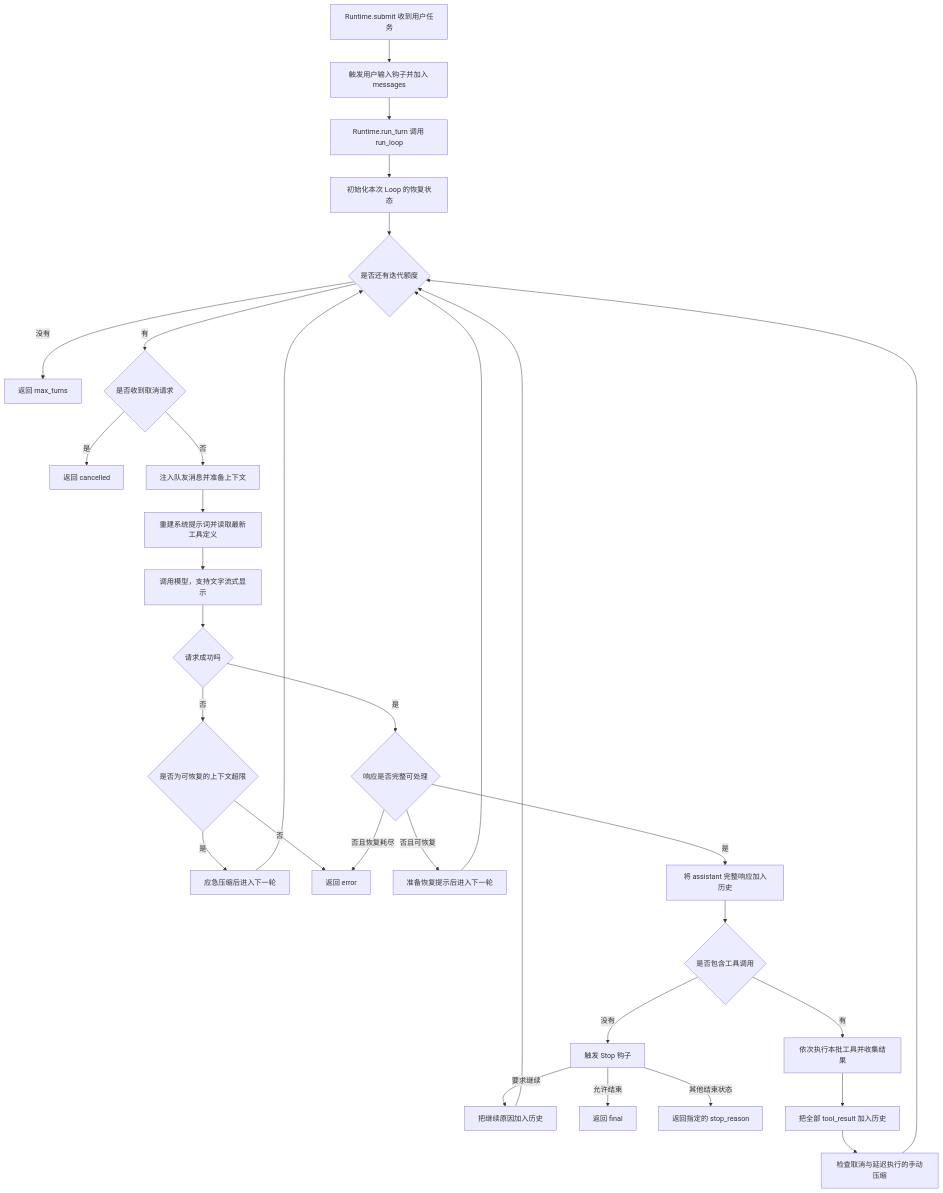
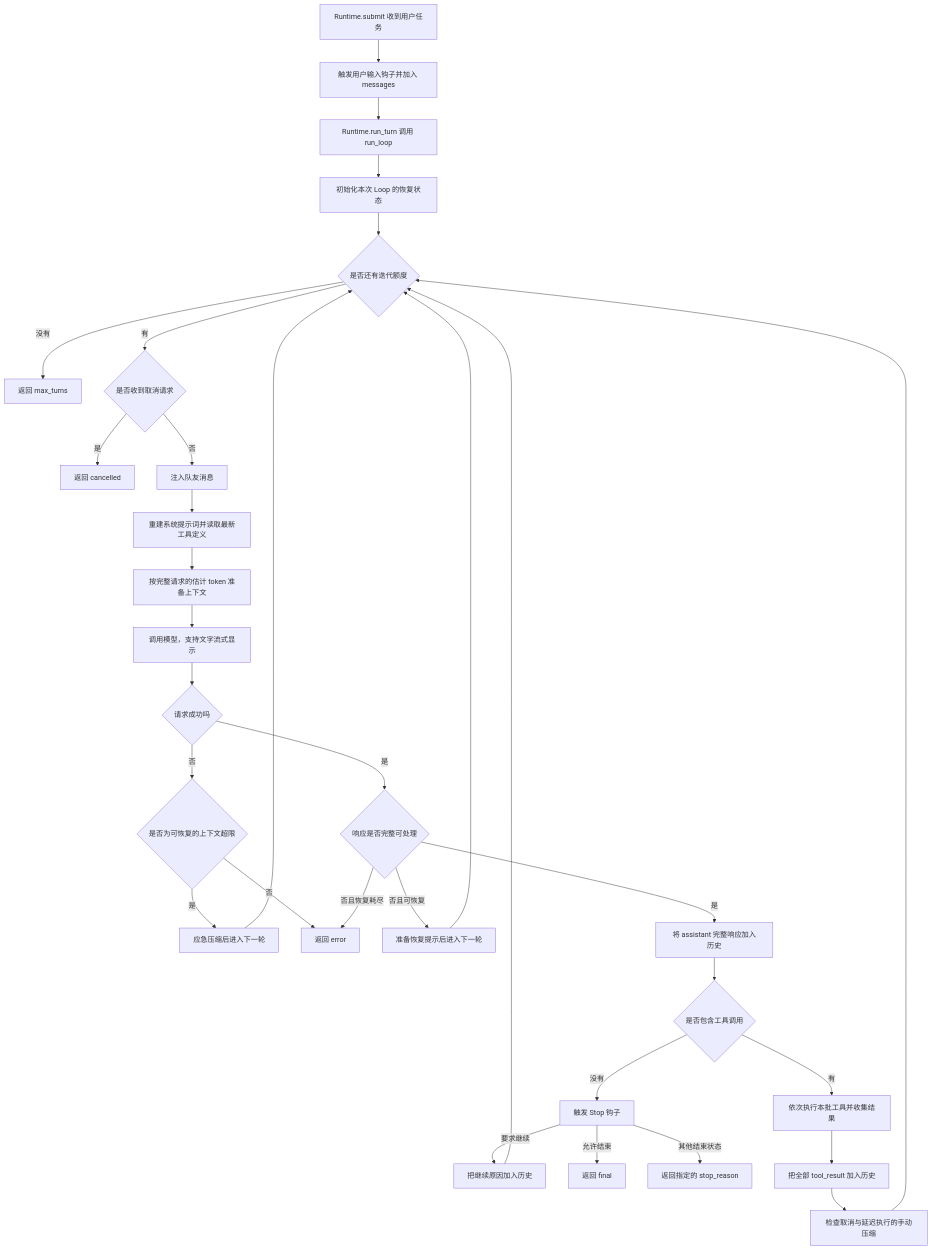
Before and after one commit to LeiMikasa/HarnessAgent: the diagram in docs/AgentLoop-执行流程总结.md, drawn with Mermaid. The commit also changed other lines of this file and 21 other files, not shown here.

````diff
--- a/docs/AgentLoop-执行流程总结.md
+++ b/docs/AgentLoop-执行流程总结.md
@@ -23,33 +23,34 @@
 ```mermaid
 flowchart TD
     A[Runtime.submit 收到用户任务] --> B[触发用户输入钩子并加入 messages]
     B --> C[Runtime.run_turn 调用 run_loop]
     C --> D[初始化本次 Loop 的恢复状态]
     D --> E{是否还有迭代额度}
     E -->|没有| Z[返回 max_turns]
     E -->|有| F{是否收到取消请求}
     F -->|是| X[返回 cancelled]
-    F -->|否| G[注入队友消息并准备上下文]
+    F -->|否| G[注入队友消息]
     G --> H[重建系统提示词并读取最新工具定义]
-    H --> I[调用模型，支持文字流式显示]
+    H --> H1[按完整请求的估计 token 准备上下文]
+    H1 --> I[调用模型，支持文字流式显示]
     I --> J{请求成功吗}
     J -->|否| K{是否为可恢复的上下文超限}
     K -->|是| L[应急压缩后进入下一轮]
     L --> E
     K -->|否| Y[返回 error]
     J -->|是| M{响应是否完整可处理}
     M -->|否且可恢复| N[准备恢复提示后进入下一轮]
     N --> E
     M -->|否且恢复耗尽| Y
     M -->|是| O[将 assistant 完整响应加入历史]
     O --> P{是否包含工具调用}
     P -->|没有| Q[触发 Stop 钩子]
     Q -->|要求继续| R[把继续原因加入历史]
     R --> E
     Q -->|允许结束| S[返回 final]
     Q -->|其他结束状态| T[返回指定的 stop_reason]
     P -->|有| U[依次执行本批工具并收集结果]
     U --> V[把全部 tool_result 加入历史]
     V --> W[检查取消与延迟执行的手动压缩]
     W --> E
 ```
````
